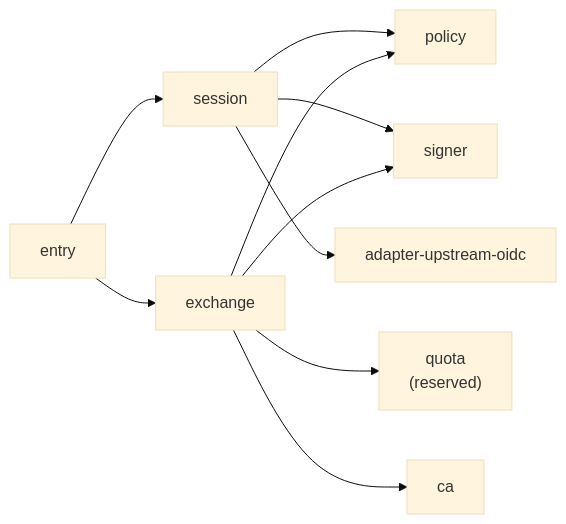
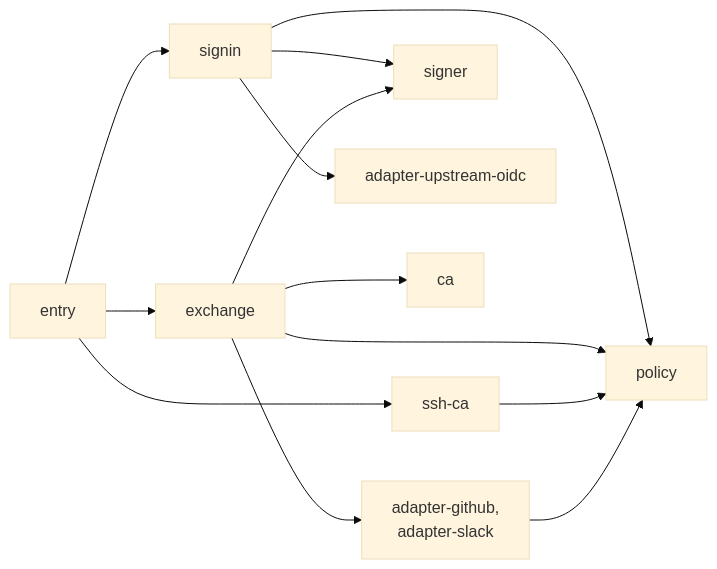
The third of 4 diagrams in docs/architecture/components.md (truvity/sluis), drawn with Mermaid (base theme) before and after one commit. The commit also changed other lines of this file and 154 other files, not shown here.

````diff
--- a/docs/architecture/components.md
+++ b/docs/architecture/components.md
@@ -188,12 +115,15 @@
 ```mermaid
 flowchart LR
-  entry["entry"] --> sess["session"]
+  entry["entry"] --> sess["signin"]
   entry --> xchg["exchange"]
+  entry --> ssh["ssh-ca"]
   sess --> pol["policy"]
   sess --> sig["signer"]
   sess --> up["adapter-upstream-oidc"]
   xchg --> pol
   xchg --> sig
-  xchg --> q["quota<br/>(reserved)"]
   xchg --> ca["ca"]
+  xchg --> ad["adapter-github,<br/>adapter-slack"]
+  ssh --> pol
+  ad --> pol
 ```
````
